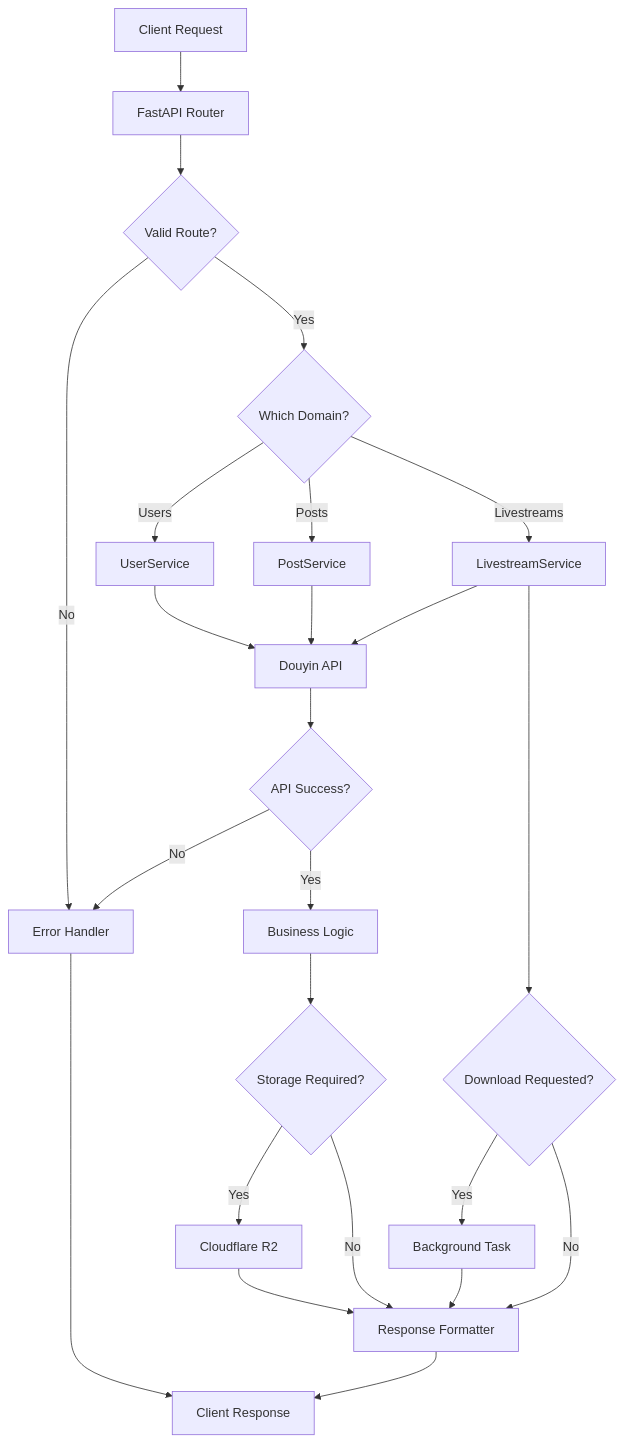
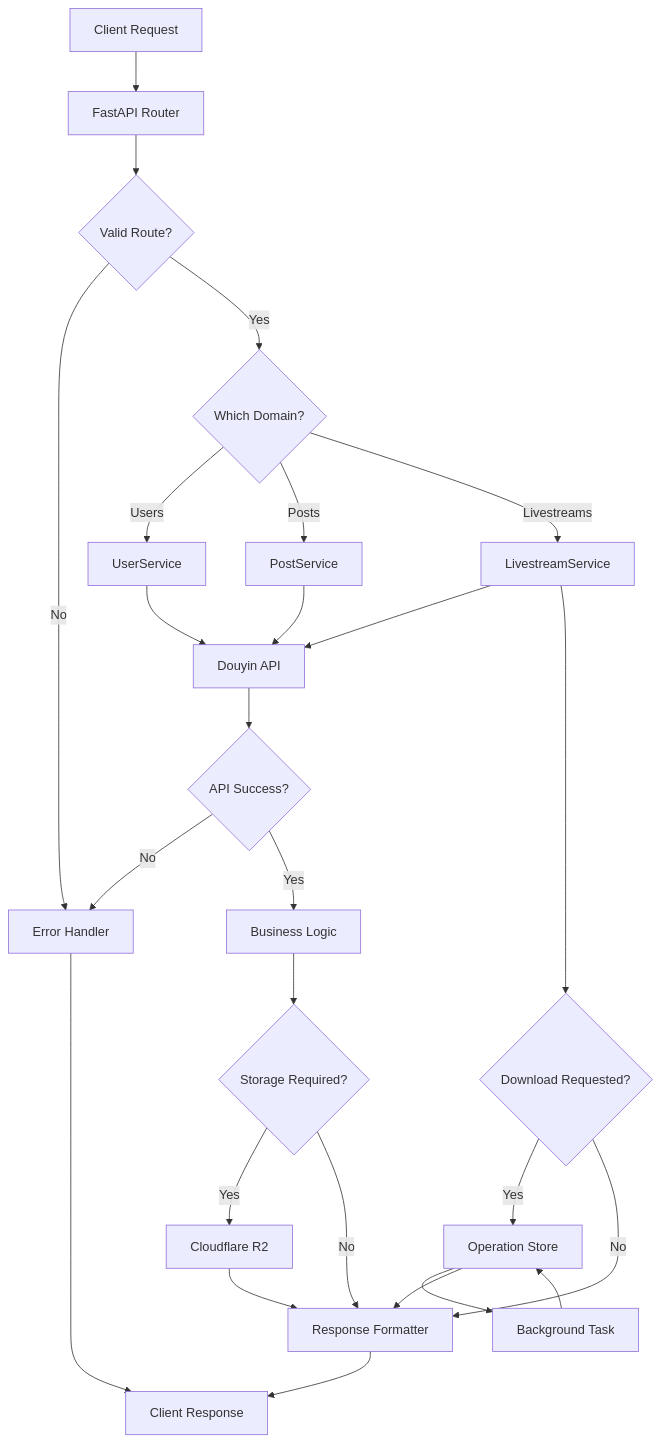
The diagram in docs/architecture/flowchart.md (memenow/dyvine), drawn with Mermaid before and after one commit. The commit also changed other lines of this file and 41 other files, not shown here.

````diff
--- a/docs/architecture/flowchart.md
+++ b/docs/architecture/flowchart.md
@@ -11,32 +11,34 @@
 ```mermaid
 flowchart TD
     A[Client Request] --> B[FastAPI Router]
     B --> C{Valid Route?}
     C -->|No| E[Error Handler]
     C -->|Yes| D{Which Domain?}
 
     D -->|Users| U[UserService]
     D -->|Posts| P[PostService]
     D -->|Livestreams| L[LivestreamService]
 
     U --> F[Douyin API]
     P --> F
     L --> F
 
     F --> G{API Success?}
     G -->|No| E
     G -->|Yes| H[Business Logic]
 
     H --> S{Storage Required?}
     S -->|Yes| R[Cloudflare R2]
     S -->|No| I[Response Formatter]
     R --> I
 
     L --> LD{Download Requested?}
-    LD -->|Yes| BG[Background Task]
+    LD -->|Yes| OP[Operation Store]
+    OP --> BG[Background Task]
+    BG --> OP
+    OP --> I
     LD -->|No| I
-    BG --> I
 
     I --> J[Client Response]
     E --> J
 ```
````
